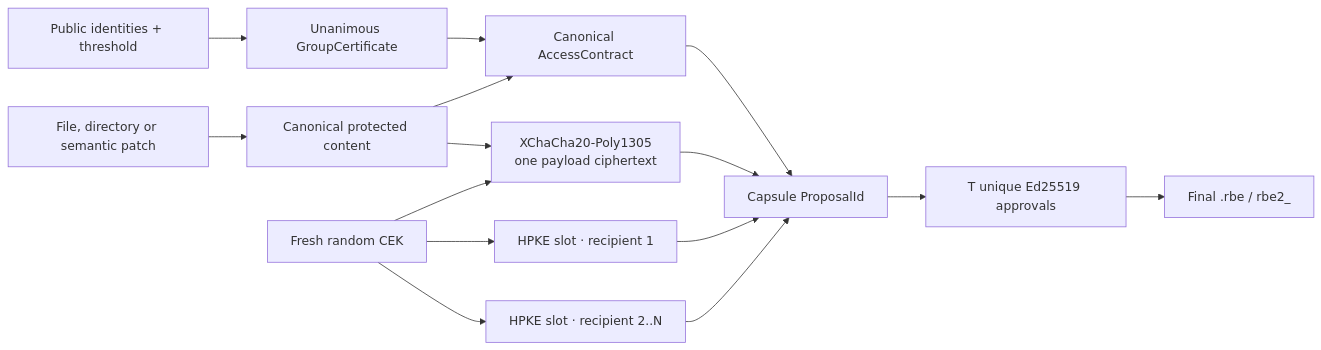
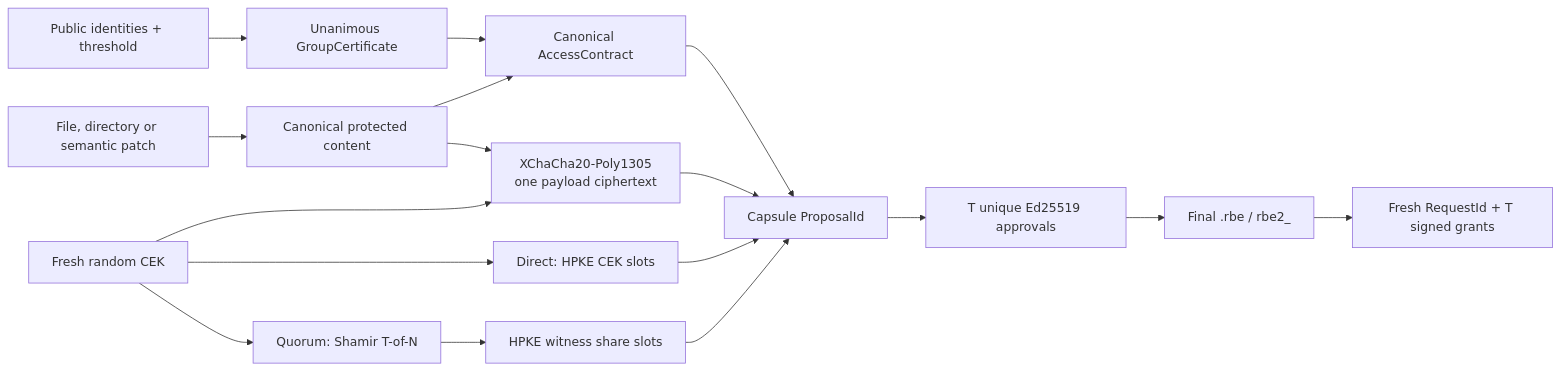
The fifth of 5 diagrams in docs/chain-architecture.md (pedro5g/Rebyte), drawn with Mermaid before and after one commit. The commit also changed other lines of this file and 23 other files, not shown here.

````diff
--- a/docs/chain-architecture.md
+++ b/docs/chain-architecture.md
@@ -270,18 +305,20 @@
 ```mermaid
 flowchart LR
     F[File, directory or semantic patch] --> A[Canonical protected content]
     A --> E[XChaCha20-Poly1305<br/>one payload ciphertext]
     K[Fresh random CEK] --> E
-    K --> H1[HPKE slot · recipient 1]
-    K --> H2[HPKE slot · recipient 2..N]
+    K --> H1[Direct: HPKE CEK slots]
+    K --> SS[Quorum: Shamir T-of-N]
+    SS --> H2[HPKE witness share slots]
 
     P[Public identities + threshold] --> G[Unanimous GroupCertificate]
     G --> C[Canonical AccessContract]
     A --> C
     C --> Q[Capsule ProposalId]
     E --> Q
     H1 --> Q
     H2 --> Q
     Q --> S[T unique Ed25519 approvals]
     S --> R[Final .rbe / rbe2_]
+    R --> O[Fresh RequestId + T signed grants]
 ```
````
